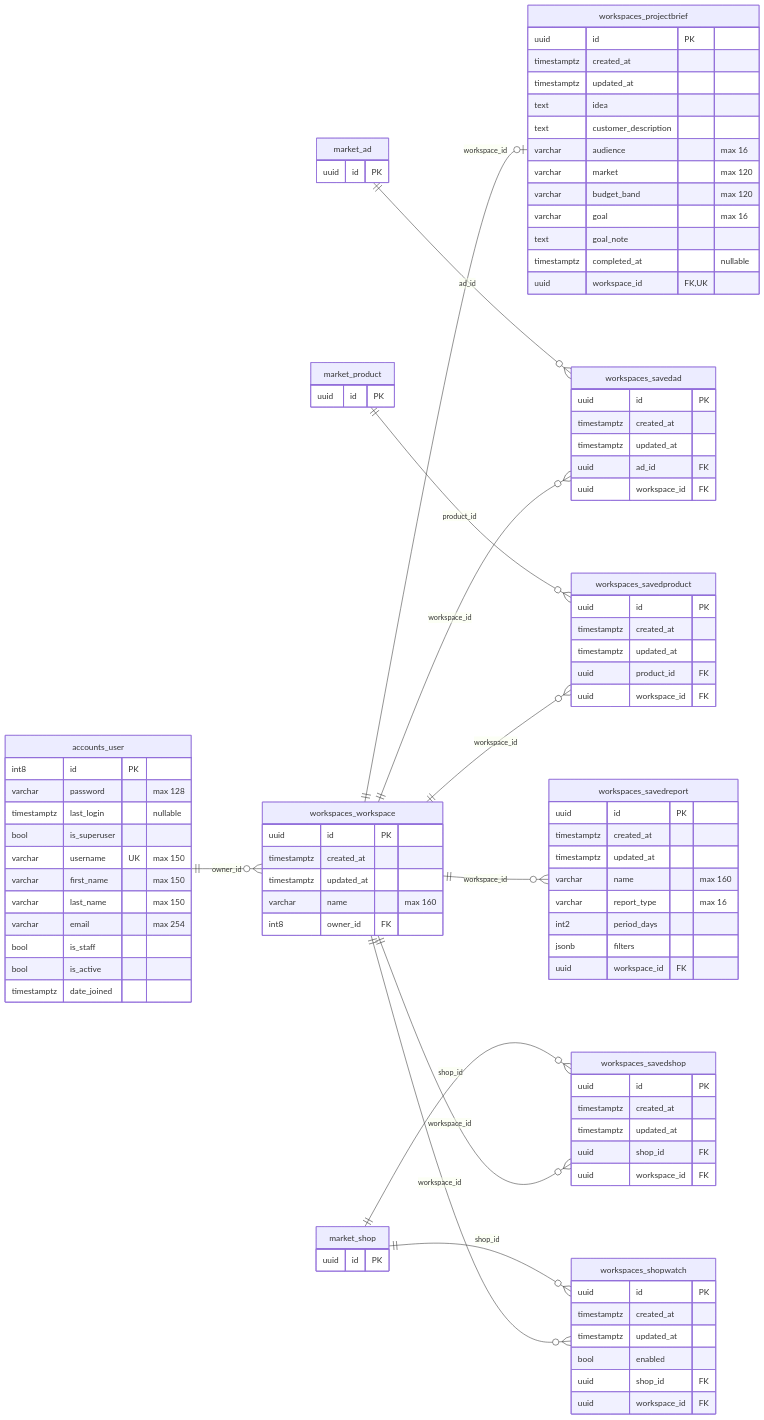
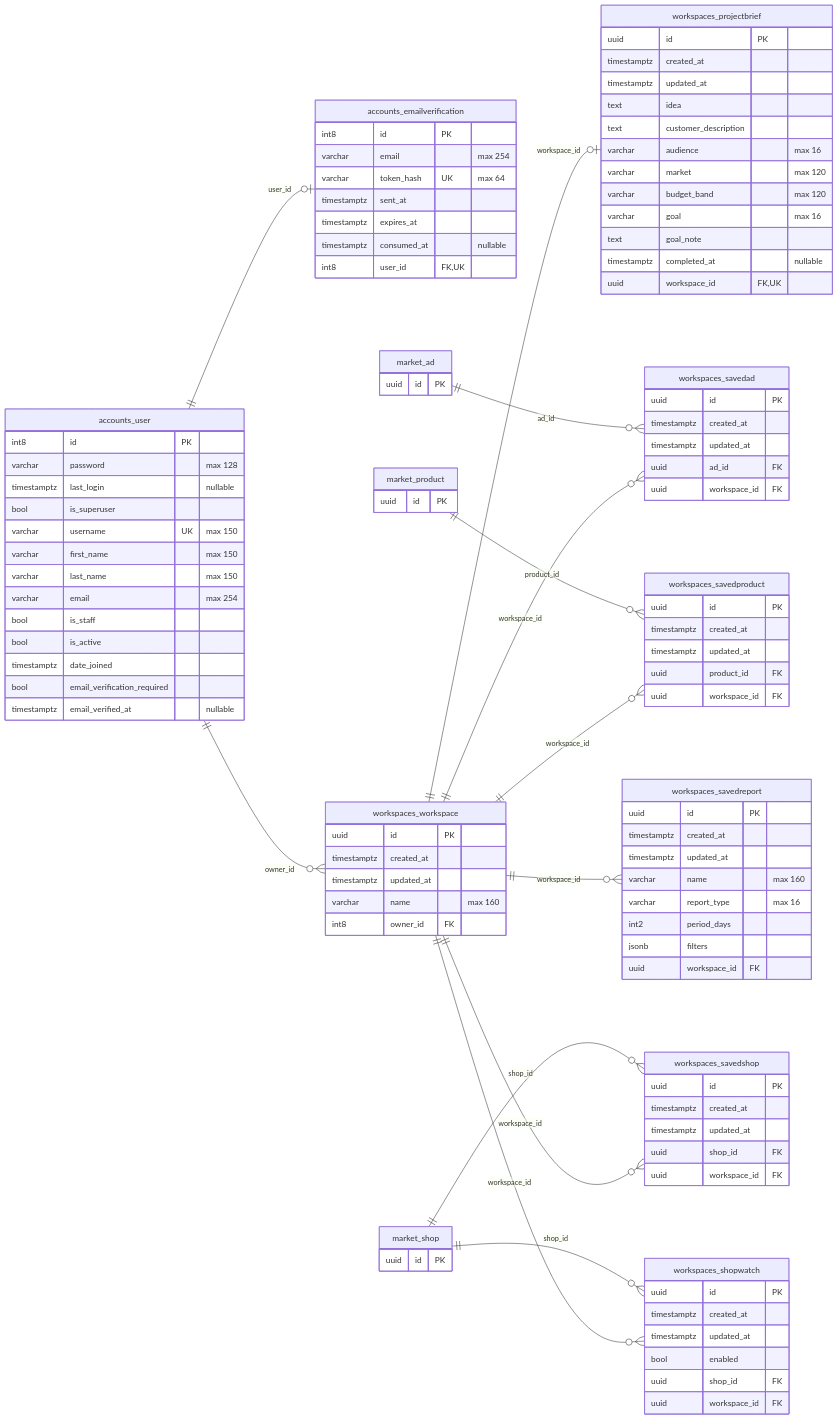
One commit to AriaHassanzadeh/NAMA changed the diagram in docs/database/workspaces.mmd. Above: the diagram before and after it, drawn with Mermaid. The commit also changed 43 other files, not shown here.

Commit message:
Add Idea page and verified email authentication

```diff
--- a/docs/database/workspaces.mmd
+++ b/docs/database/workspaces.mmd
@@ -1,95 +1,107 @@
 erDiagram
     direction LR
     accountsUser["accounts_user"] {
         int8 id PK
         varchar password "max 128"
         timestamptz last_login "nullable"
         bool is_superuser
         varchar username UK "max 150"
         varchar first_name "max 150"
         varchar last_name "max 150"
         varchar email "max 254"
         bool is_staff
         bool is_active
         timestamptz date_joined
+        bool email_verification_required
+        timestamptz email_verified_at "nullable"
+    }
+    accountsEmailverification["accounts_emailverification"] {
+        int8 id PK
+        varchar email "max 254"
+        varchar token_hash UK "max 64"
+        timestamptz sent_at
+        timestamptz expires_at
+        timestamptz consumed_at "nullable"
+        int8 user_id FK, UK
     }
     workspacesWorkspace["workspaces_workspace"] {
         uuid id PK
         timestamptz created_at
         timestamptz updated_at
         varchar name "max 160"
         int8 owner_id FK
     }
     workspacesProjectbrief["workspaces_projectbrief"] {
         uuid id PK
         timestamptz created_at
         timestamptz updated_at
         text idea
         text customer_description
         varchar audience "max 16"
         varchar market "max 120"
         varchar budget_band "max 120"
         varchar goal "max 16"
         text goal_note
         timestamptz completed_at "nullable"
         uuid workspace_id FK, UK
     }
     workspacesSavedad["workspaces_savedad"] {
         uuid id PK
         timestamptz created_at
         timestamptz updated_at
         uuid ad_id FK
         uuid workspace_id FK
     }
     workspacesSavedproduct["workspaces_savedproduct"] {
         uuid id PK
         timestamptz created_at
         timestamptz updated_at
         uuid product_id FK
         uuid workspace_id FK
     }
     workspacesSavedshop["workspaces_savedshop"] {
         uuid id PK
         timestamptz created_at
         timestamptz updated_at
         uuid shop_id FK
         uuid workspace_id FK
     }
     workspacesShopwatch["workspaces_shopwatch"] {
         uuid id PK
         timestamptz created_at
         timestamptz updated_at
         bool enabled
         uuid shop_id FK
         uuid workspace_id FK
     }
     workspacesSavedreport["workspaces_savedreport"] {
         uuid id PK
         timestamptz created_at
         timestamptz updated_at
         varchar name "max 160"
         varchar report_type "max 16"
         int2 period_days
         jsonb filters
         uuid workspace_id FK
     }
     marketAd["market_ad"] {
         uuid id PK
     }
     marketProduct["market_product"] {
         uuid id PK
     }
     marketShop["market_shop"] {
         uuid id PK
     }
+    accountsUser ||--o| accountsEmailverification : "user_id"
     workspacesWorkspace ||--o| workspacesProjectbrief : "workspace_id"
     marketAd ||--o{ workspacesSavedad : "ad_id"
     workspacesWorkspace ||--o{ workspacesSavedad : "workspace_id"
     marketProduct ||--o{ workspacesSavedproduct : "product_id"
     workspacesWorkspace ||--o{ workspacesSavedproduct : "workspace_id"
     workspacesWorkspace ||--o{ workspacesSavedreport : "workspace_id"
     marketShop ||--o{ workspacesSavedshop : "shop_id"
     workspacesWorkspace ||--o{ workspacesSavedshop : "workspace_id"
     marketShop ||--o{ workspacesShopwatch : "shop_id"
     workspacesWorkspace ||--o{ workspacesShopwatch : "workspace_id"
     accountsUser ||--o{ workspacesWorkspace : "owner_id"
```
